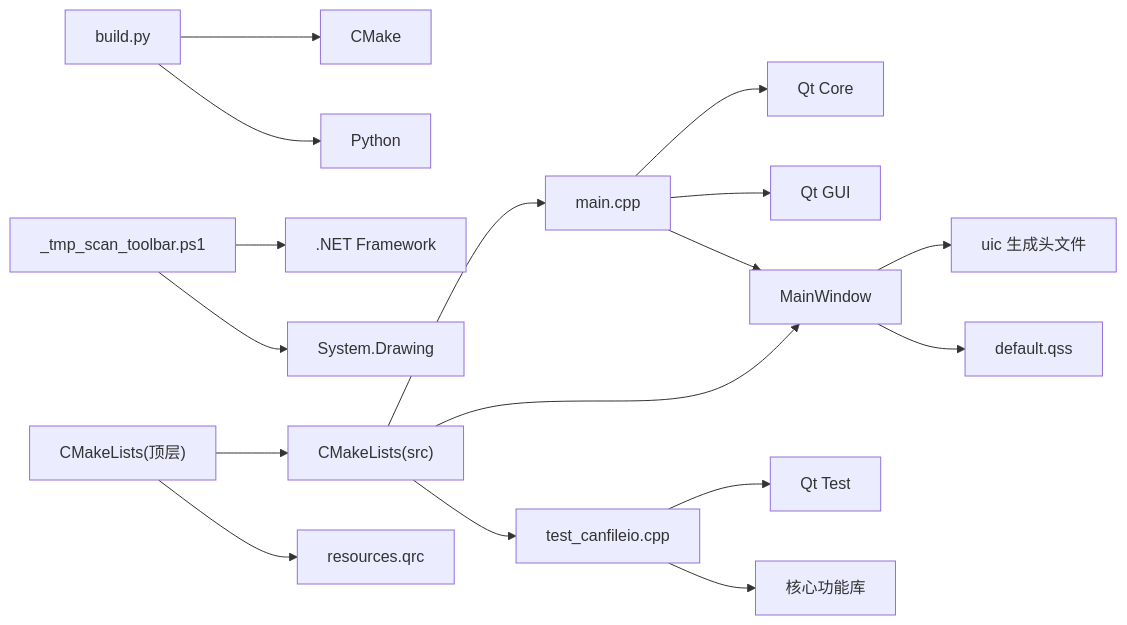
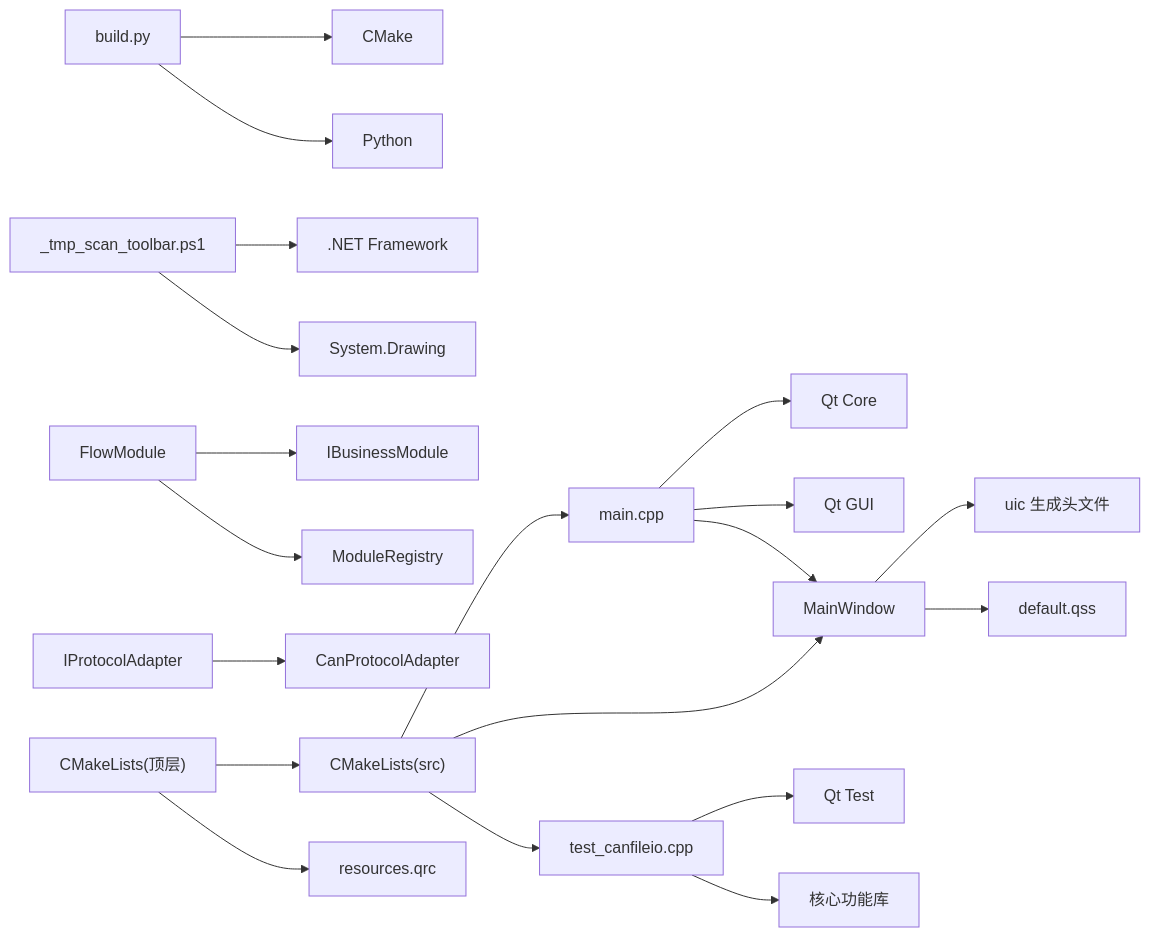
Before and after one commit to jakecai1225-design/OpenBus: the fourth of 4 diagrams in .qoder/repowiki/zh/content/开发指南/开发指南.md, drawn with Mermaid. The commit also changed other lines of this file and 899 other files, not shown here.

````diff
--- a/.qoder/repowiki/zh/content/开发指南/开发指南.md
+++ b/.qoder/repowiki/zh/content/开发指南/开发指南.md
@@ -393,19 +572,22 @@
 ```mermaid
 graph LR
 MAIN["main.cpp"] --> QT_CORE["Qt Core"]
 MAIN --> QT_GUI["Qt GUI"]
 MAIN --> MW["MainWindow"]
 MW --> UI_HDR["uic 生成头文件"]
 MW --> QSS["default.qss"]
 TESTS["test_canfileio.cpp"] --> QT_TEST["Qt Test"]
 TESTS --> CORE_LIB["核心功能库"]
 BUILD["build.py"] --> CMAKE["CMake"]
 BUILD --> PYTHON["Python"]
 GUI_TEST["_tmp_scan_toolbar.ps1"] --> DOTNET[".NET Framework"]
 GUI_TEST --> IMAGE_LIB["System.Drawing"]
+MODULE["FlowModule"] --> IMODULE["IBusinessModule"]
+MODULE --> MODREG["ModuleRegistry"]
+PROTOCOL["IProtocolAdapter"] --> CANPROTO["CanProtocolAdapter"]
 CMAKE_TOP["CMakeLists(顶层)"] --> CMAKE_SRC["CMakeLists(src)"]
 CMAKE_SRC --> MAIN
 CMAKE_SRC --> MW
 CMAKE_SRC --> TESTS
 CMAKE_TOP --> QRC["resources.qrc"]
 ```
````
